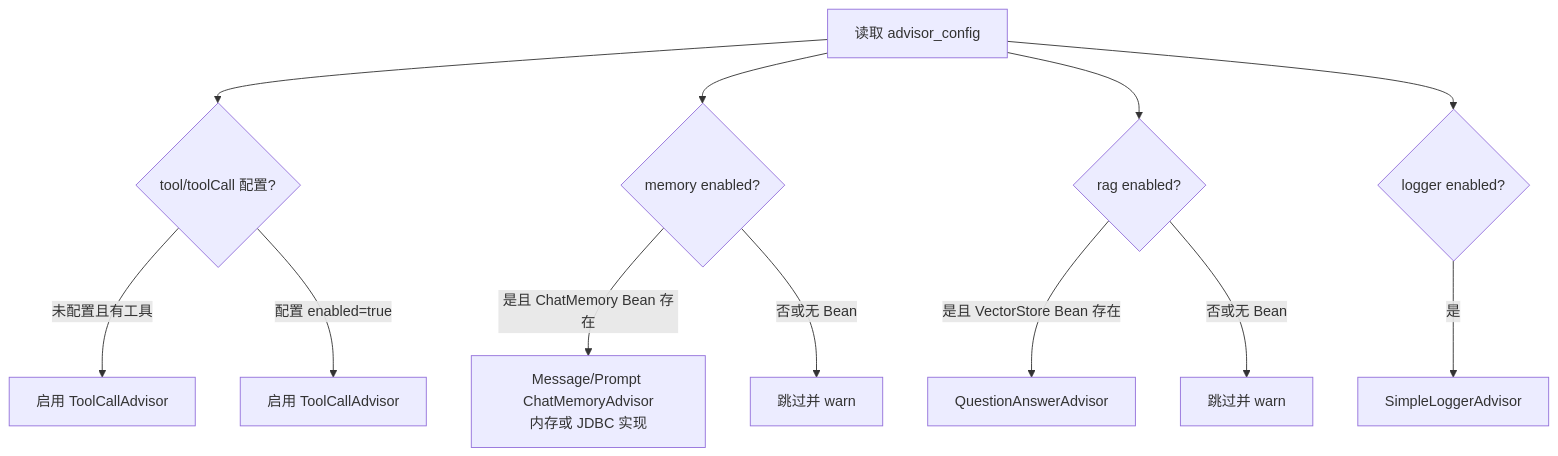
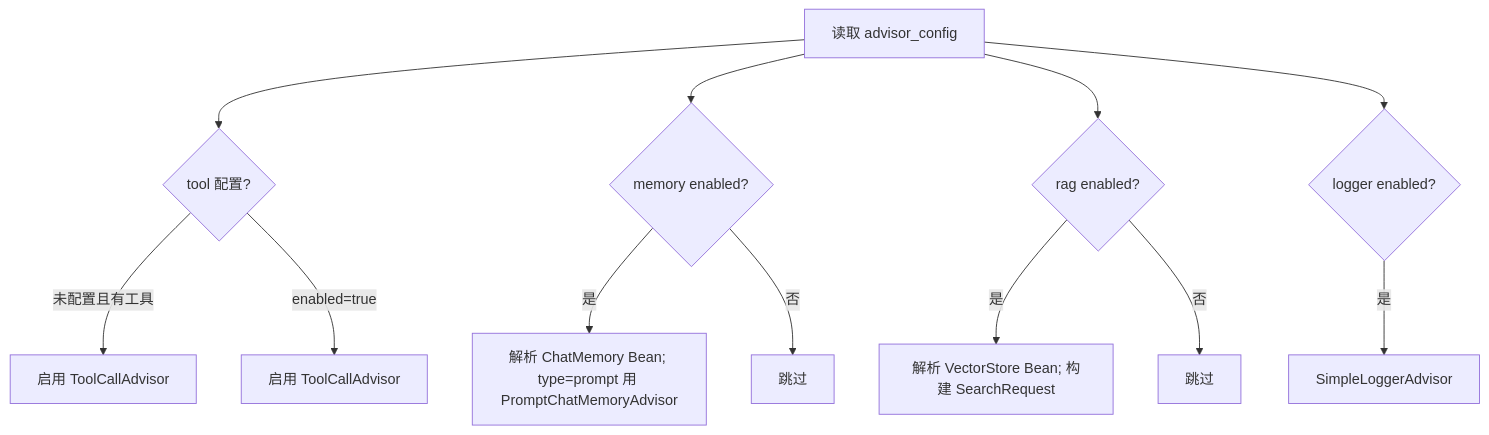
Before and after one commit to letmetocode/agent: the second of 6 diagrams in docs/design/软件设计说明书.md, drawn with Mermaid. The commit also changed other lines of this file and 20 other files, not shown here.

````diff
--- a/docs/design/软件设计说明书.md
+++ b/docs/design/软件设计说明书.md
@@ -53,14 +71,14 @@
 ```mermaid
 flowchart TD
-    A[读取 advisor_config] --> B{tool/toolCall 配置?}
+    A[读取 advisor_config] --> B{tool 配置?}
     B -- 未配置且有工具 --> B1[启用 ToolCallAdvisor]
-    B -- 配置 enabled=true --> B2[启用 ToolCallAdvisor]
+    B -- enabled=true --> B2[启用 ToolCallAdvisor]
     A --> C{memory enabled?}
-    C -- 是且 ChatMemory Bean 存在 --> C1[Message/Prompt ChatMemoryAdvisor<br/>内存或 JDBC 实现]
-    C -- 否或无 Bean --> C2[跳过并 warn]
+    C -- 是 --> C1[解析 ChatMemory Bean; type=prompt 用 PromptChatMemoryAdvisor]
+    C -- 否 --> C2[跳过]
     A --> D{rag enabled?}
-    D -- 是且 VectorStore Bean 存在 --> D1[QuestionAnswerAdvisor]
-    D -- 否或无 Bean --> D2[跳过并 warn]
+    D -- 是 --> D1[解析 VectorStore Bean; 构建 SearchRequest]
+    D -- 否 --> D2[跳过]
     A --> E{logger enabled?}
     E -- 是 --> E1[SimpleLoggerAdvisor]
 ```
````
